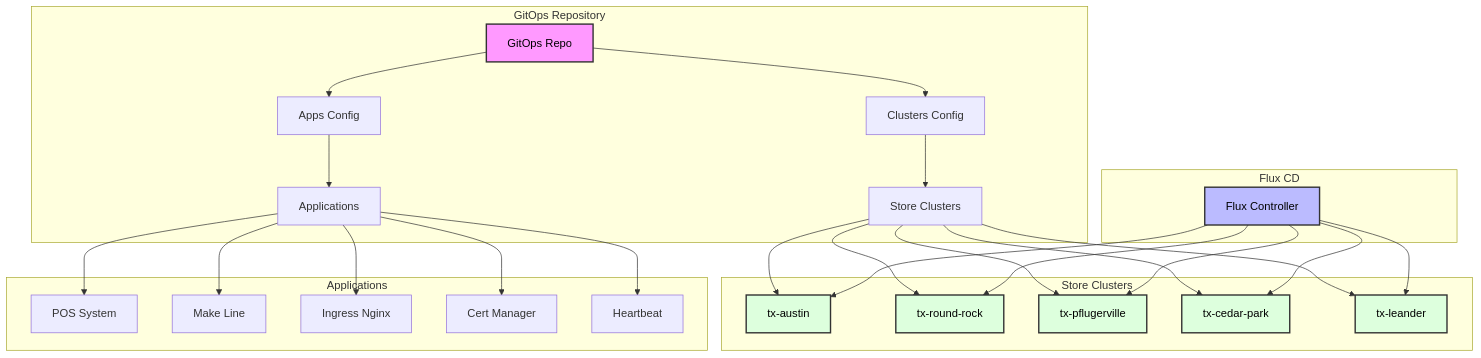
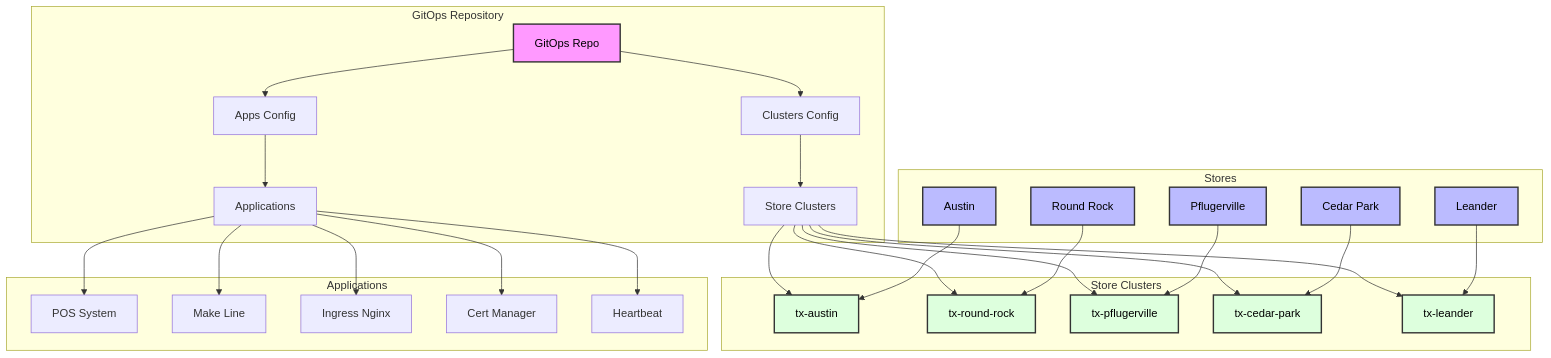
Before and after one commit to bartr/gitopsautomation: the second of 2 diagrams in README.md, drawn with Mermaid.

````diff
--- a/README.md
+++ b/README.md
@@ -142,41 +142,45 @@
 ```mermaid
 graph TB
     subgraph "GitOps Repository"
         A[GitOps Repo] --> B[Clusters Config]
         A --> C[Apps Config]
         B --> D[Store Clusters]
         C --> E[Applications]
     end
 
     subgraph "Store Clusters"
         D --> F[tx-austin]
         D --> G[tx-round-rock]
         D --> H[tx-pflugerville]
         D --> I[tx-cedar-park]
         D --> J[tx-leander]
     end
 
     subgraph "Applications"
         E --> K[POS System]
         E --> L[Make Line]
         E --> M[Ingress Nginx]
         E --> N[Cert Manager]
         E --> O[Heartbeat]
     end
 
-    subgraph "Flux CD"
-        P[Flux Controller] --> F
-        P --> G
-        P --> H
-        P --> I
-        P --> J
+    subgraph "Stores"
+        P[Austin] --> F
+        Q[Round Rock] --> G
+        R[Pflugerville] --> H
+        S[Cedar Park] --> I
+        T[Leander] --> J
     end
 
     style A fill:#f9f,stroke:#333,stroke-width:2px,color:#000
-    style P fill:#bbf,stroke:#333,stroke-width:2px,color:#000
     style F fill:#dfd,stroke:#333,stroke-width:2px,color:#000
     style G fill:#dfd,stroke:#333,stroke-width:2px,color:#000
     style H fill:#dfd,stroke:#333,stroke-width:2px,color:#000
     style I fill:#dfd,stroke:#333,stroke-width:2px,color:#000
     style J fill:#dfd,stroke:#333,stroke-width:2px,color:#000
+    style P fill:#bbf,stroke:#333,stroke-width:2px,color:#000
+    style Q fill:#bbf,stroke:#333,stroke-width:2px,color:#000
+    style R fill:#bbf,stroke:#333,stroke-width:2px,color:#000
+    style S fill:#bbf,stroke:#333,stroke-width:2px,color:#000
+    style T fill:#bbf,stroke:#333,stroke-width:2px,color:#000
 ```
````
